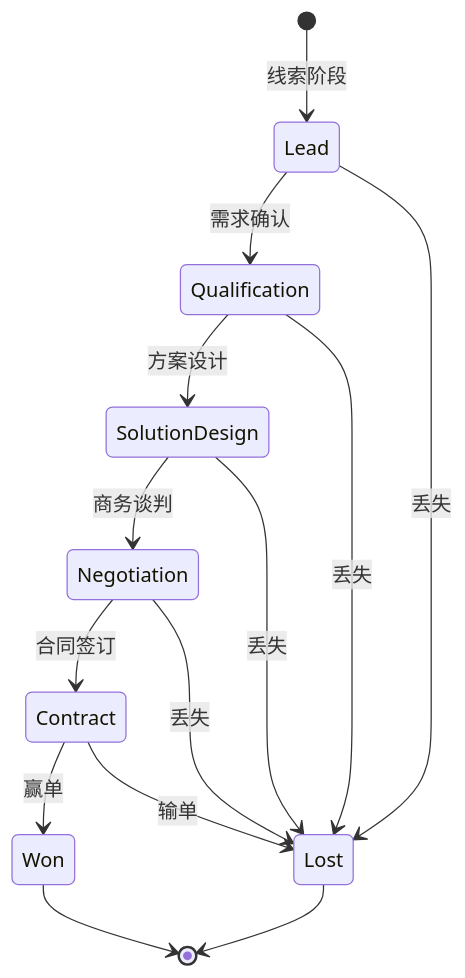
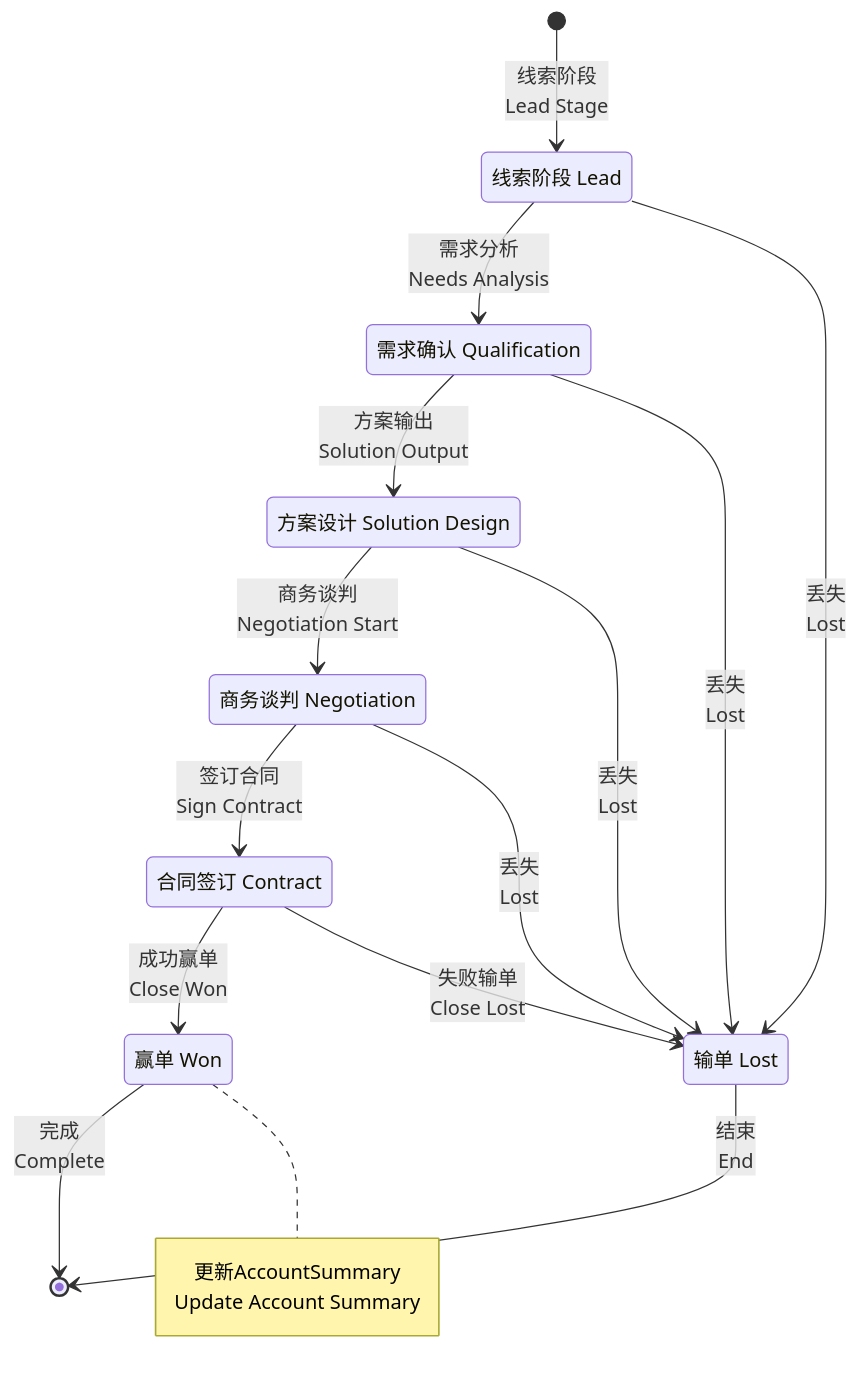
Diagram 20 of 26 in docs/b2b-cdp-entity-design.md (312268112/advanced-java), drawn with Mermaid before and after one commit. The commit also changed other lines of this file, not shown here.

Commit message:
Refactor: Improve B2B CDP entity design documentation

````diff
--- a/docs/b2b-cdp-entity-design.md
+++ b/docs/b2b-cdp-entity-design.md
@@ -886,18 +1036,35 @@
 ```mermaid
 stateDiagram-v2
-    [*] --> Lead: 线索阶段
-    Lead --> Qualification: 需求确认
-    Qualification --> SolutionDesign: 方案设计
-    SolutionDesign --> Negotiation: 商务谈判
-    Negotiation --> Contract: 合同签订
-    Contract --> Won: 赢单
-    Contract --> Lost: 输单
+    [*] --> Lead: 线索阶段<br/>Lead Stage
     
-    Lead --> Lost: 丢失
-    Qualification --> Lost: 丢失
-    SolutionDesign --> Lost: 丢失
-    Negotiation --> Lost: 丢失
+    state "线索阶段 Lead" as Lead
+    state "需求确认 Qualification" as Qualification
+    state "方案设计 Solution Design" as SolutionDesign
+    state "商务谈判 Negotiation" as Negotiation
+    state "合同签订 Contract" as Contract
+    state "赢单 Won" as Won
+    state "输单 Lost" as Lost
     
-    Won --> [*]
-    Lost --> [*]
+    Lead --> Qualification: 需求分析<br/>Needs Analysis
+    Lead --> Lost: 丢失<br/>Lost
+    
+    Qualification --> SolutionDesign: 方案输出<br/>Solution Output
+    Qualification --> Lost: 丢失<br/>Lost
+    
+    SolutionDesign --> Negotiation: 商务谈判<br/>Negotiation Start
+    SolutionDesign --> Lost: 丢失<br/>Lost
+    
+    Negotiation --> Contract: 签订合同<br/>Sign Contract
+    Negotiation --> Lost: 丢失<br/>Lost
+    
+    Contract --> Won: 成功赢单<br/>Close Won
+    Contract --> Lost: 失败输单<br/>Close Lost
+    
+    Won --> [*]: 完成<br/>Complete
+    Lost --> [*]: 结束<br/>End
+    
+    note right of Won
+        更新AccountSummary
+        Update Account Summary
+    end note
 ```
````
